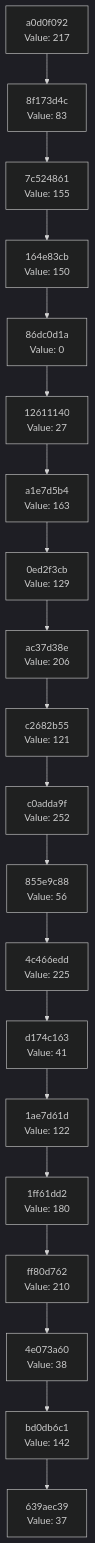
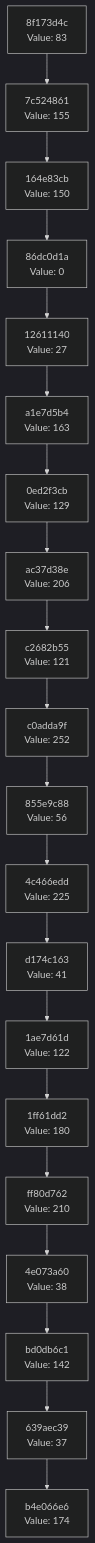
Before and after one commit to Abhisheksinha1506/hash-chain-evolver: the diagram in docs/CHAIN_VISUALIZATION.md, drawn with Mermaid (dark theme). The commit also changed 3 other files, not shown here.

````diff
--- a/docs/CHAIN_VISUALIZATION.md
+++ b/docs/CHAIN_VISUALIZATION.md
@@ -3,42 +3,42 @@
 ```mermaid
 graph TD
-    C0["639aec39<br/>Value: 37"]
-    C1["bd0db6c1<br/>Value: 142"]
+    C0["b4e066e6<br/>Value: 174"]
+    C1["639aec39<br/>Value: 37"]
     C1 --> C0
-    C2["4e073a60<br/>Value: 38"]
+    C2["bd0db6c1<br/>Value: 142"]
     C2 --> C1
-    C3["ff80d762<br/>Value: 210"]
+    C3["4e073a60<br/>Value: 38"]
     C3 --> C2
-    C4["1ff61dd2<br/>Value: 180"]
+    C4["ff80d762<br/>Value: 210"]
     C4 --> C3
-    C5["1ae7d61d<br/>Value: 122"]
+    C5["1ff61dd2<br/>Value: 180"]
     C5 --> C4
-    C6["d174c163<br/>Value: 41"]
+    C6["1ae7d61d<br/>Value: 122"]
     C6 --> C5
-    C7["4c466edd<br/>Value: 225"]
+    C7["d174c163<br/>Value: 41"]
     C7 --> C6
-    C8["855e9c88<br/>Value: 56"]
+    C8["4c466edd<br/>Value: 225"]
     C8 --> C7
-    C9["c0adda9f<br/>Value: 252"]
+    C9["855e9c88<br/>Value: 56"]
     C9 --> C8
-    C10["c2682b55<br/>Value: 121"]
+    C10["c0adda9f<br/>Value: 252"]
     C10 --> C9
-    C11["ac37d38e<br/>Value: 206"]
+    C11["c2682b55<br/>Value: 121"]
     C11 --> C10
-    C12["0ed2f3cb<br/>Value: 129"]
+    C12["ac37d38e<br/>Value: 206"]
     C12 --> C11
-    C13["a1e7d5b4<br/>Value: 163"]
+    C13["0ed2f3cb<br/>Value: 129"]
     C13 --> C12
-    C14["12611140<br/>Value: 27"]
+    C14["a1e7d5b4<br/>Value: 163"]
     C14 --> C13
-    C15["86dc0d1a<br/>Value: 0"]
+    C15["12611140<br/>Value: 27"]
     C15 --> C14
-    C16["164e83cb<br/>Value: 150"]
+    C16["86dc0d1a<br/>Value: 0"]
     C16 --> C15
-    C17["7c524861<br/>Value: 155"]
+    C17["164e83cb<br/>Value: 150"]
     C17 --> C16
-    C18["8f173d4c<br/>Value: 83"]
+    C18["7c524861<br/>Value: 155"]
     C18 --> C17
-    C19["a0d0f092<br/>Value: 217"]
+    C19["8f173d4c<br/>Value: 83"]
     C19 --> C18
 ```
````
